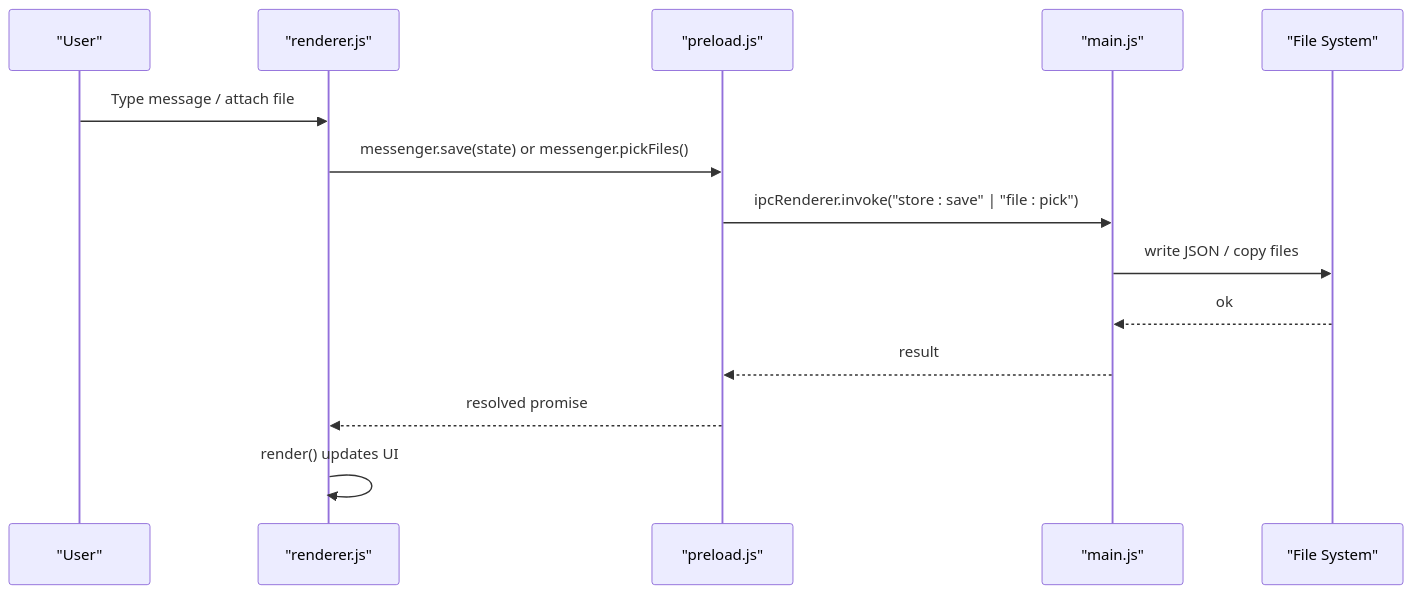
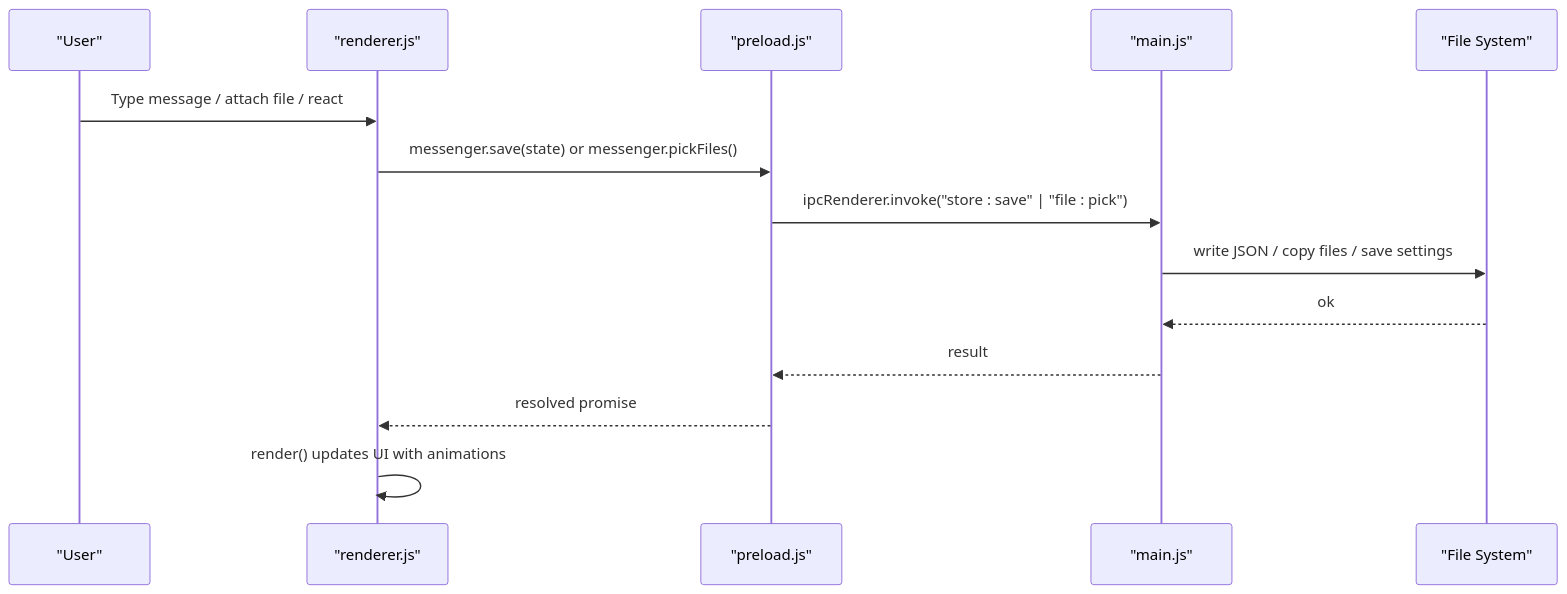
The second of 18 diagrams in .qoder/repowiki/en/content/Core Features.md (Annguyen0410/Personal-Messenger-Like-Storage-), drawn with Mermaid before and after one commit. The commit also changed other lines of this file and 19 other files, not shown here.

````diff
--- a/.qoder/repowiki/en/content/Core Features.md
+++ b/.qoder/repowiki/en/content/Core Features.md
@@ -97,16 +116,16 @@
 ```mermaid
 sequenceDiagram
 participant U as "User"
 participant R as "renderer.js"
 participant P as "preload.js"
 participant M as "main.js"
 participant FS as "File System"
-U->>R : Type message / attach file
+U->>R : Type message / attach file / react
 R->>P : messenger.save(state) or messenger.pickFiles()
 P->>M : ipcRenderer.invoke("store : save" | "file : pick")
-M->>FS : write JSON / copy files
+M->>FS : write JSON / copy files / save settings
 FS-->>M : ok
 M-->>P : result
 P-->>R : resolved promise
-R->>R : render() updates UI
+R->>R : render() updates UI with animations
 ```
````
